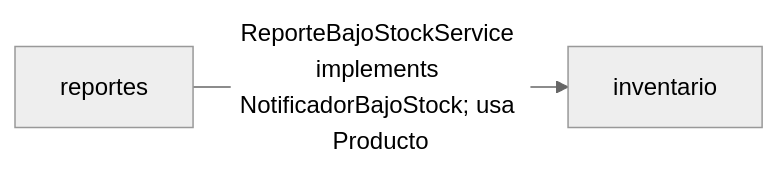
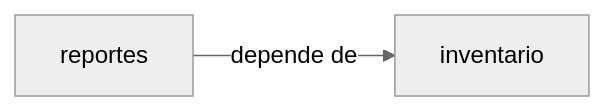
The second of 2 diagrams in README.md (Humbeer06/mogollon-post1-u11), drawn with Mermaid (neutral theme) before and after one commit. The commit also changed other lines of this file, not shown here.

Commit message:
docs: acortar etiquetas de los diagramas mermaid del README

````diff
--- a/README.md
+++ b/README.md
@@ -152,4 +152,4 @@
 ```mermaid
 flowchart LR
-    reportes -->|"ReporteBajoStockService implements NotificadorBajoStock; usa Producto"| inventario
+    reportes -->|"depende de"| inventario
 ```
````
